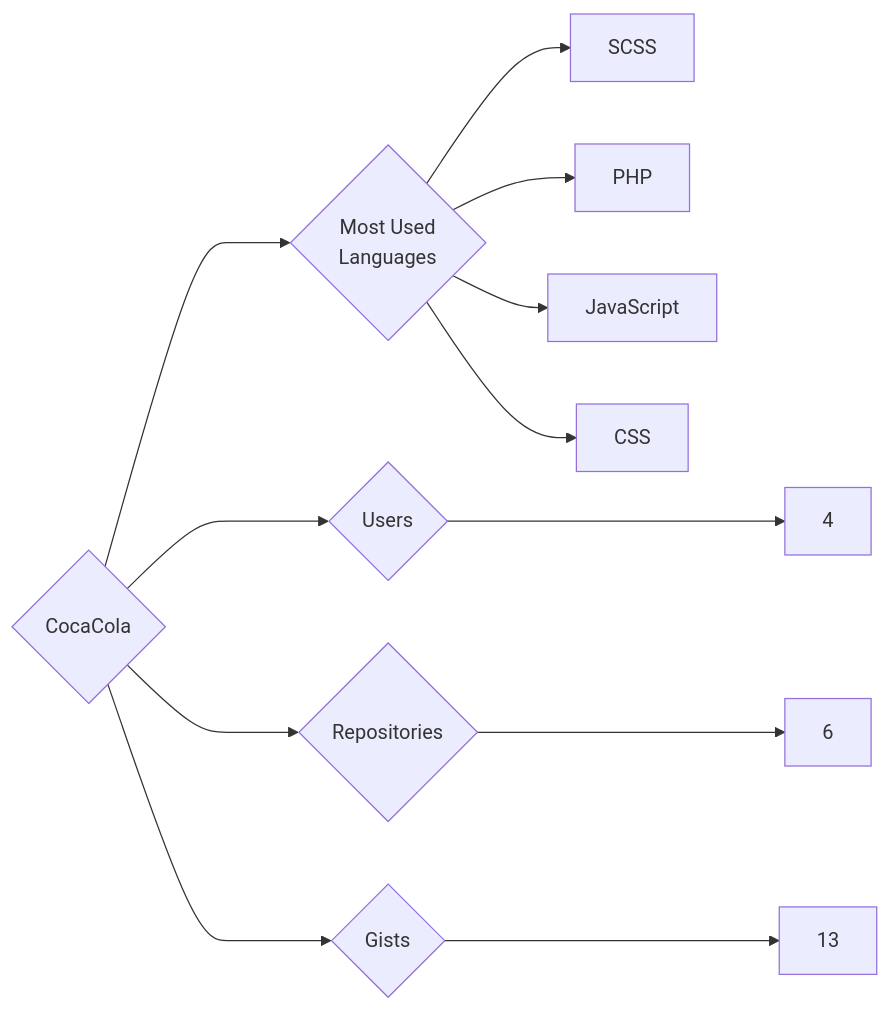
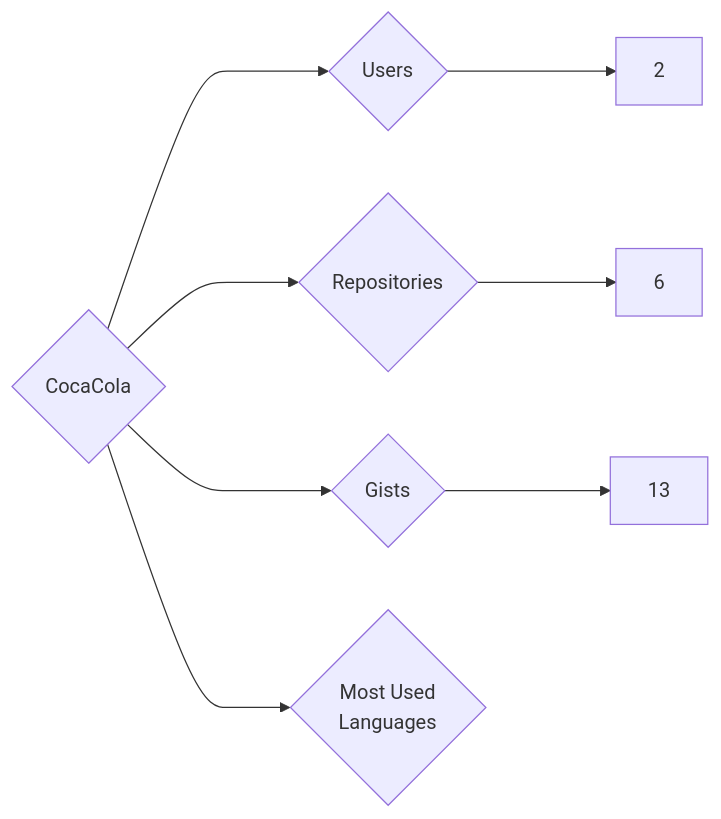
The diagram in targets/CocaCola/README.md (trickest/insiders), drawn with Mermaid before and after one commit. The commit also changed 786 other files, not shown here.

````diff
--- a/targets/CocaCola/README.md
+++ b/targets/CocaCola/README.md
@@ -3,12 +3,8 @@
 ```mermaid
 graph LR
 COMPANY_NAME{CocaCola}
-COMPANY_NAME ---> U{Users} ---> UN[4]
+COMPANY_NAME ---> U{Users} ---> UN[2]
 COMPANY_NAME ---> R{Repositories} ---> RN[6]
 COMPANY_NAME ---> G{Gists} ---> GN[13]
 COMPANY_NAME ---> ML{Most Used<br>Languages}
-ML --> SCSS[SCSS]
-ML --> PHP[PHP]
-ML --> JavaScript[JavaScript]
-ML --> CSS[CSS]
 ```
````
